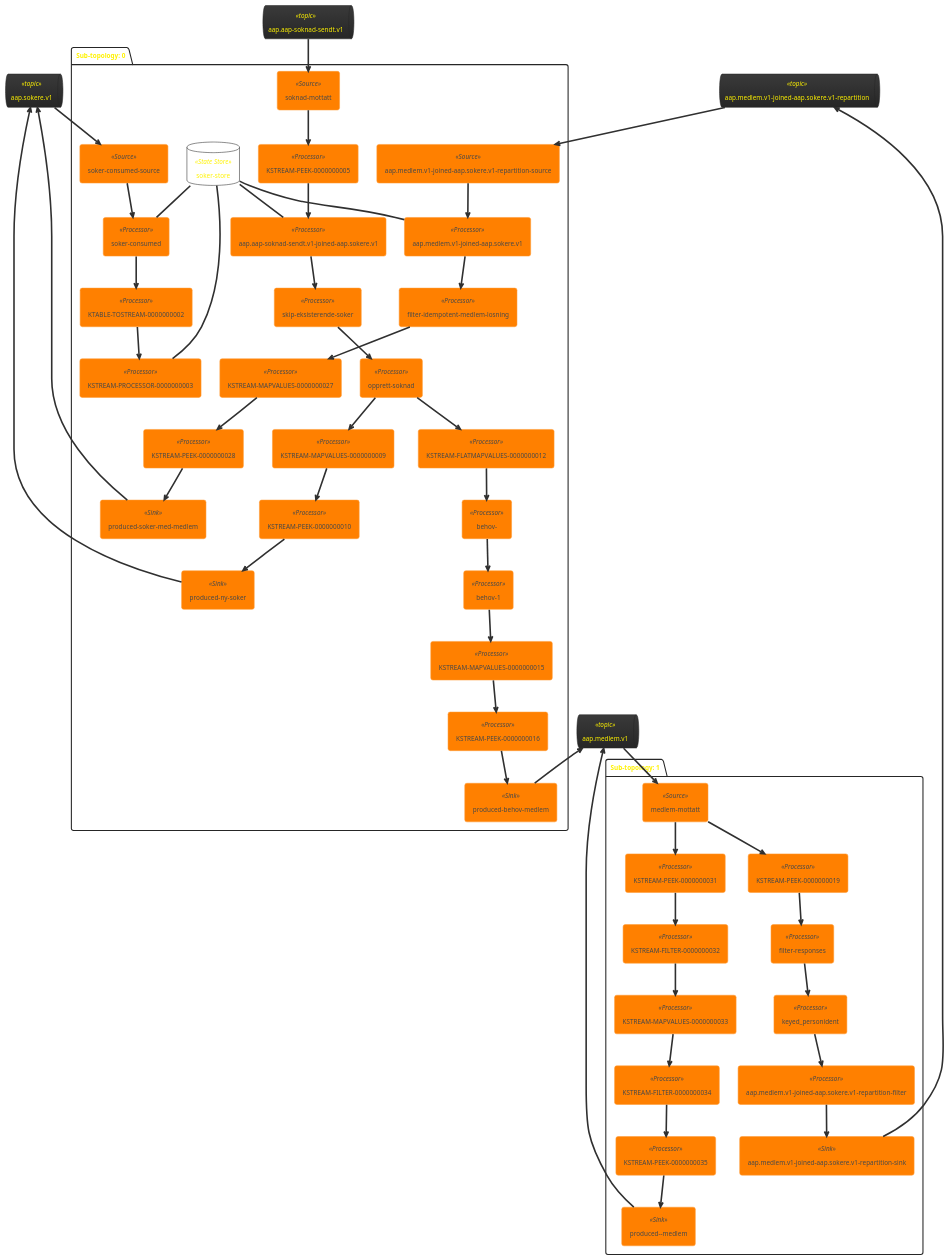
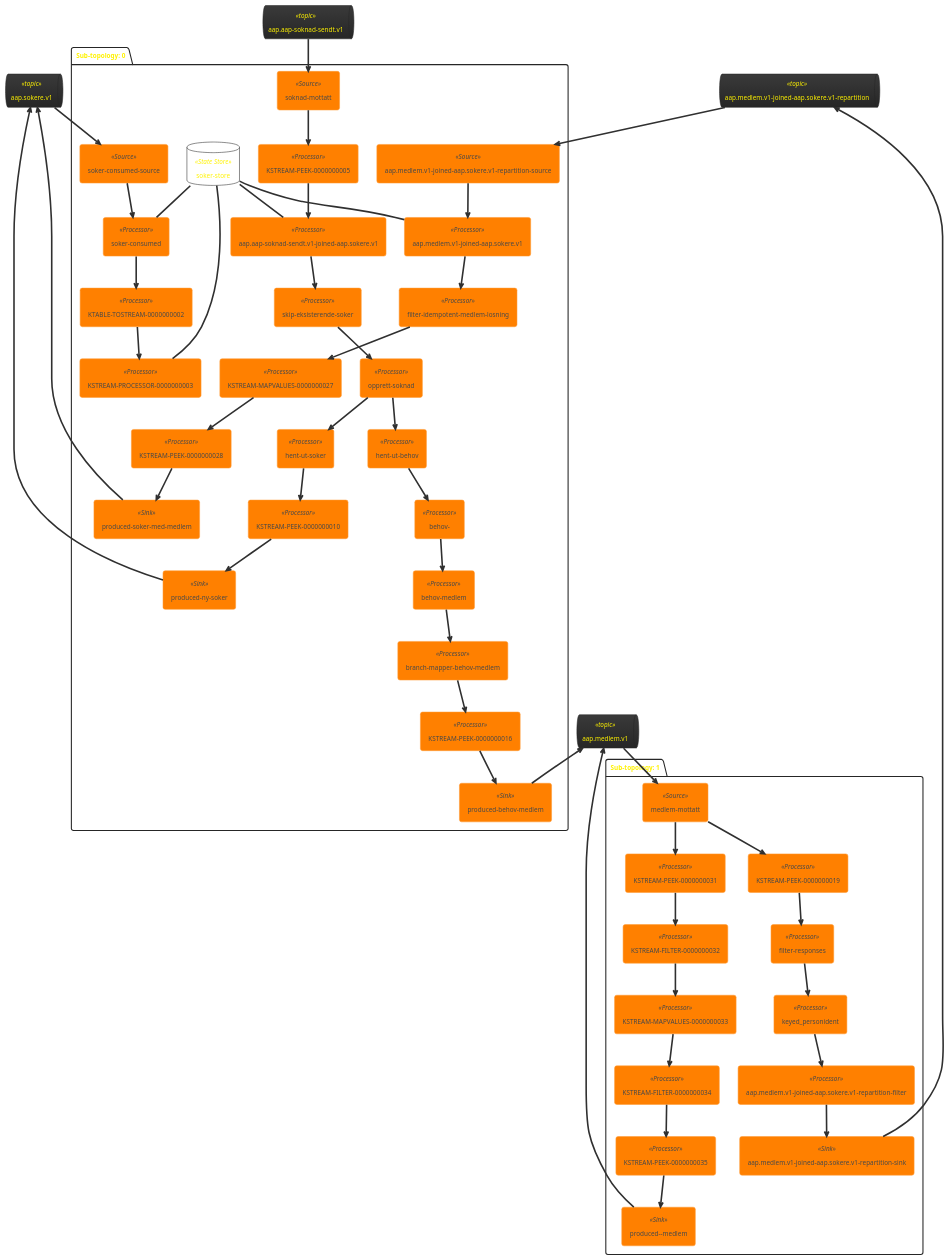
One commit to navikt/aap-vedtak changed the diagram in doc/topology.puml. Above: the diagram before and after it, drawn with PlantUML. The commit also changed 1 other file, not shown here.

Commit message:
Navngir steg i behov-topologi
* Kotlin style mappere for streams
* Splitter ToAvro- og Lytter-interface

```diff
--- a/doc/topology.puml
+++ b/doc/topology.puml
@@ -1,93 +1,93 @@
 @startuml
 !theme black-knight
 queue "aap.medlem.v1" <<topic>> as aap_medlem_v1
 queue "aap.sokere.v1" <<topic>> as aap_sokere_v1
 queue "aap.aap-soknad-sendt.v1" <<topic>> as aap_aap_soknad_sendt_v1
 queue "aap.medlem.v1-joined-aap.sokere.v1-repartition" <<topic>> as aap_medlem_v1_joined_aap_sokere_v1_repartition
 package "Sub-topology: 0" {
 	database "soker-store" <<State Store>> as soker_store
 	agent "soknad-mottatt" <<Source>> as soknad_mottatt
 	agent "KSTREAM-PEEK-0000000005" <<Processor>> as KSTREAM_PEEK_0000000005
 	agent "aap.aap-soknad-sendt.v1-joined-aap.sokere.v1" <<Processor>> as aap_aap_soknad_sendt_v1_joined_aap_sokere_v1
 	agent "skip-eksisterende-soker" <<Processor>> as skip_eksisterende_soker
 	agent "opprett-soknad" <<Processor>> as opprett_soknad
-	agent "KSTREAM-FLATMAPVALUES-0000000012" <<Processor>> as KSTREAM_FLATMAPVALUES_0000000012
 	agent "aap.medlem.v1-joined-aap.sokere.v1-repartition-source" <<Source>> as aap_medlem_v1_joined_aap_sokere_v1_repartition_source
+	agent "hent-ut-behov" <<Processor>> as hent_ut_behov
 	agent "aap.medlem.v1-joined-aap.sokere.v1" <<Processor>> as aap_medlem_v1_joined_aap_sokere_v1
 	agent "behov-" <<Processor>> as behov_
-	agent "behov-1" <<Processor>> as behov_1
+	agent "behov-medlem" <<Processor>> as behov_medlem
 	agent "filter-idempotent-medlem-losning" <<Processor>> as filter_idempotent_medlem_losning
 	agent "soker-consumed-source" <<Source>> as soker_consumed_source
-	agent "KSTREAM-MAPVALUES-0000000009" <<Processor>> as KSTREAM_MAPVALUES_0000000009
-	agent "KSTREAM-MAPVALUES-0000000015" <<Processor>> as KSTREAM_MAPVALUES_0000000015
 	agent "KSTREAM-MAPVALUES-0000000027" <<Processor>> as KSTREAM_MAPVALUES_0000000027
+	agent "branch-mapper-behov-medlem" <<Processor>> as branch_mapper_behov_medlem
+	agent "hent-ut-soker" <<Processor>> as hent_ut_soker
 	agent "soker-consumed" <<Processor>> as soker_consumed
 	agent "KSTREAM-PEEK-0000000010" <<Processor>> as KSTREAM_PEEK_0000000010
 	agent "KSTREAM-PEEK-0000000016" <<Processor>> as KSTREAM_PEEK_0000000016
 	agent "KSTREAM-PEEK-0000000028" <<Processor>> as KSTREAM_PEEK_0000000028
 	agent "KTABLE-TOSTREAM-0000000002" <<Processor>> as KTABLE_TOSTREAM_0000000002
 	agent "KSTREAM-PROCESSOR-0000000003" <<Processor>> as KSTREAM_PROCESSOR_0000000003
 	agent "produced-behov-medlem" <<Sink>> as produced_behov_medlem
 	agent "produced-ny-soker" <<Sink>> as produced_ny_soker
 	agent "produced-soker-med-medlem" <<Sink>> as produced_soker_med_medlem
 	aap_aap_soknad_sendt_v1 --> soknad_mottatt
 	soker_store -- aap_aap_soknad_sendt_v1_joined_aap_sokere_v1
 	aap_medlem_v1_joined_aap_sokere_v1_repartition --> aap_medlem_v1_joined_aap_sokere_v1_repartition_source
 	soker_store -- aap_medlem_v1_joined_aap_sokere_v1
 	aap_sokere_v1 --> soker_consumed_source
 	soker_store -- soker_consumed
 	soker_store -- KSTREAM_PROCESSOR_0000000003
 	aap_medlem_v1 <-- produced_behov_medlem
 	aap_sokere_v1 <-- produced_ny_soker
 	aap_sokere_v1 <-- produced_soker_med_medlem
 	soknad_mottatt --> KSTREAM_PEEK_0000000005
 	KSTREAM_PEEK_0000000005 --> aap_aap_soknad_sendt_v1_joined_aap_sokere_v1
 	aap_aap_soknad_sendt_v1_joined_aap_sokere_v1 --> skip_eksisterende_soker
 	skip_eksisterende_soker --> opprett_soknad
-	opprett_soknad --> KSTREAM_FLATMAPVALUES_0000000012
-	opprett_soknad --> KSTREAM_MAPVALUES_0000000009
-	KSTREAM_FLATMAPVALUES_0000000012 --> behov_
+	opprett_soknad --> hent_ut_soker
+	opprett_soknad --> hent_ut_behov
 	aap_medlem_v1_joined_aap_sokere_v1_repartition_source --> aap_medlem_v1_joined_aap_sokere_v1
+	hent_ut_behov --> behov_
 	aap_medlem_v1_joined_aap_sokere_v1 --> filter_idempotent_medlem_losning
-	behov_ --> behov_1
-	behov_1 --> KSTREAM_MAPVALUES_0000000015
+	behov_ --> behov_medlem
+	behov_medlem --> branch_mapper_behov_medlem
 	filter_idempotent_medlem_losning --> KSTREAM_MAPVALUES_0000000027
 	soker_consumed_source --> soker_consumed
-	KSTREAM_MAPVALUES_0000000009 --> KSTREAM_PEEK_0000000010
-	KSTREAM_MAPVALUES_0000000015 --> KSTREAM_PEEK_0000000016
 	KSTREAM_MAPVALUES_0000000027 --> KSTREAM_PEEK_0000000028
+	branch_mapper_behov_medlem --> KSTREAM_PEEK_0000000016
+	hent_ut_soker --> KSTREAM_PEEK_0000000010
 	soker_consumed --> KTABLE_TOSTREAM_0000000002
 	KSTREAM_PEEK_0000000010 --> produced_ny_soker
 	KSTREAM_PEEK_0000000016 --> produced_behov_medlem
 	KSTREAM_PEEK_0000000028 --> produced_soker_med_medlem
 	KTABLE_TOSTREAM_0000000002 --> KSTREAM_PROCESSOR_0000000003
 }
 package "Sub-topology: 1" {
 	agent "medlem-mottatt" <<Source>> as medlem_mottatt
 	agent "KSTREAM-PEEK-0000000031" <<Processor>> as KSTREAM_PEEK_0000000031
 	agent "KSTREAM-FILTER-0000000032" <<Processor>> as KSTREAM_FILTER_0000000032
 	agent "KSTREAM-PEEK-0000000019" <<Processor>> as KSTREAM_PEEK_0000000019
 	agent "KSTREAM-MAPVALUES-0000000033" <<Processor>> as KSTREAM_MAPVALUES_0000000033
 	agent "filter-responses" <<Processor>> as filter_responses
 	agent "KSTREAM-FILTER-0000000034" <<Processor>> as KSTREAM_FILTER_0000000034
 	agent "keyed_personident" <<Processor>> as keyed_personident
 	agent "KSTREAM-PEEK-0000000035" <<Processor>> as KSTREAM_PEEK_0000000035
 	agent "aap.medlem.v1-joined-aap.sokere.v1-repartition-filter" <<Processor>> as aap_medlem_v1_joined_aap_sokere_v1_repartition_filter
 	agent "aap.medlem.v1-joined-aap.sokere.v1-repartition-sink" <<Sink>> as aap_medlem_v1_joined_aap_sokere_v1_repartition_sink
 	agent "produced--medlem" <<Sink>> as produced__medlem
 	aap_medlem_v1 --> medlem_mottatt
 	aap_medlem_v1_joined_aap_sokere_v1_repartition <-- aap_medlem_v1_joined_aap_sokere_v1_repartition_sink
 	aap_medlem_v1 <-- produced__medlem
 	medlem_mottatt --> KSTREAM_PEEK_0000000031
 	medlem_mottatt --> KSTREAM_PEEK_0000000019
 	KSTREAM_PEEK_0000000031 --> KSTREAM_FILTER_0000000032
 	KSTREAM_FILTER_0000000032 --> KSTREAM_MAPVALUES_0000000033
 	KSTREAM_PEEK_0000000019 --> filter_responses
 	KSTREAM_MAPVALUES_0000000033 --> KSTREAM_FILTER_0000000034
 	filter_responses --> keyed_personident
 	KSTREAM_FILTER_0000000034 --> KSTREAM_PEEK_0000000035
 	keyed_personident --> aap_medlem_v1_joined_aap_sokere_v1_repartition_filter
 	KSTREAM_PEEK_0000000035 --> produced__medlem
 	aap_medlem_v1_joined_aap_sokere_v1_repartition_filter --> aap_medlem_v1_joined_aap_sokere_v1_repartition_sink
 }
 @enduml
```
